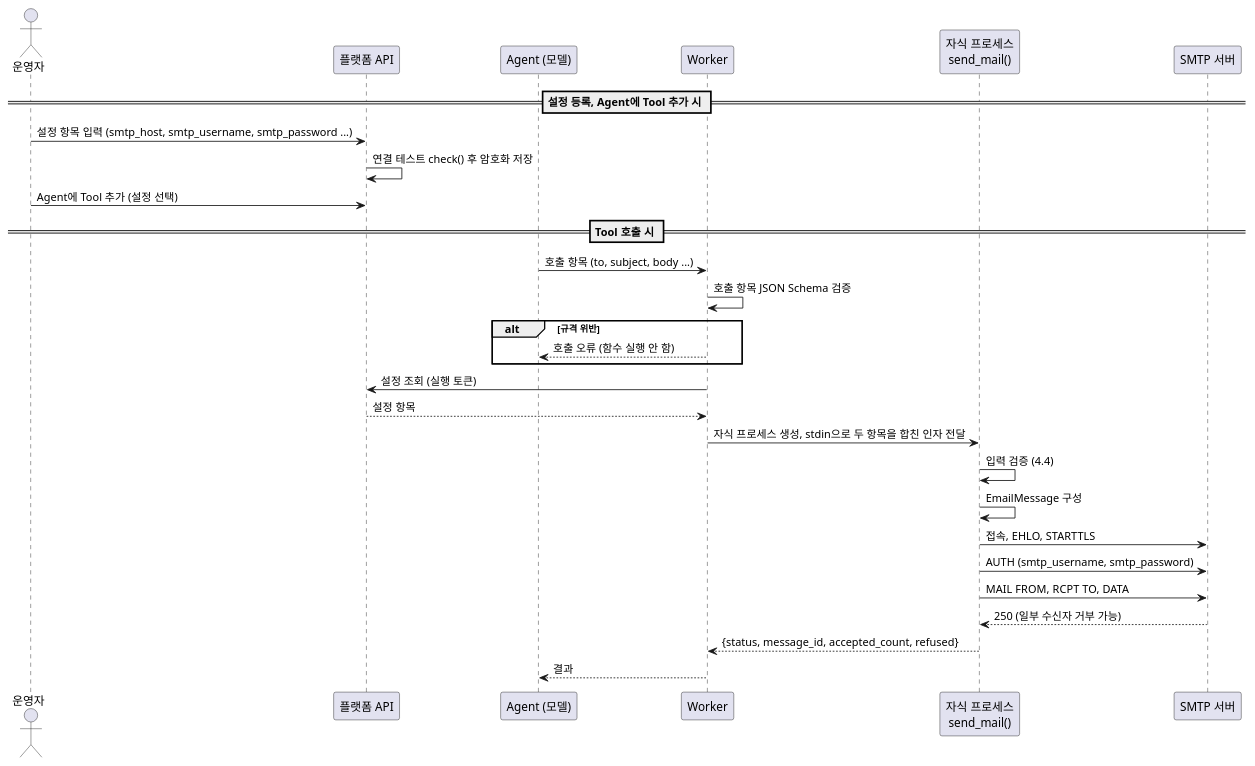
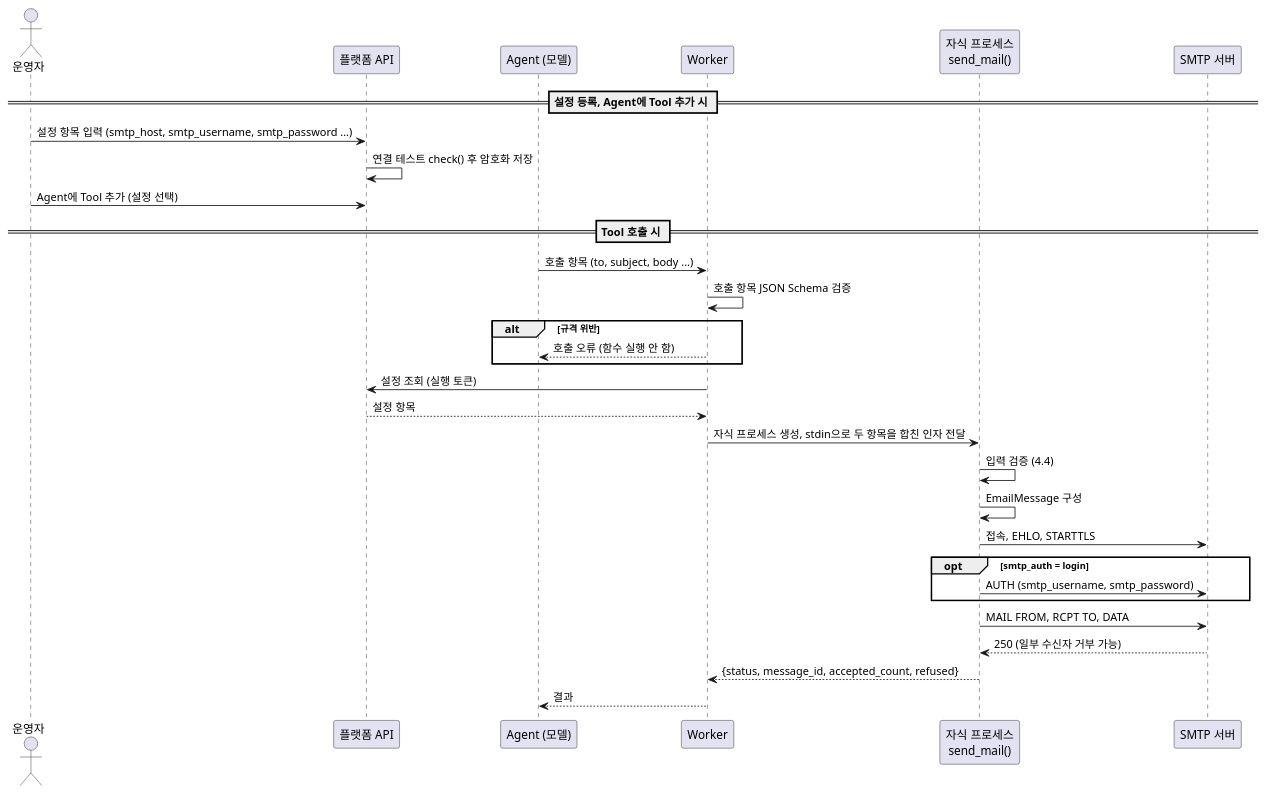
The diagram in docs/design.md (jblim0125/send-mail), drawn with PlantUML before and after one commit. The commit also changed other lines of this file and 6 other files, not shown here.

First line of the commit message:
사내 무인증 릴레이 발송 지원(smtp_auth) 추가

````diff
--- a/docs/design.md
+++ b/docs/design.md
@@ -353,32 +387,34 @@
 ```plantuml
 @startuml
 actor "운영자" as Op
 participant "플랫폼 API" as API
 participant "Agent (모델)" as Agent
 participant "Worker" as Worker
 participant "자식 프로세스\nsend_mail()" as Tool
 participant "SMTP 서버" as Server
 
 == 설정 등록, Agent에 Tool 추가 시 ==
 Op -> API : 설정 항목 입력 (smtp_host, smtp_username, smtp_password ...)
 API -> API : 연결 테스트 check() 후 암호화 저장
 Op -> API : Agent에 Tool 추가 (설정 선택)
 == Tool 호출 시 ==
 Agent -> Worker : 호출 항목 (to, subject, body ...)
 Worker -> Worker : 호출 항목 JSON Schema 검증
 alt 규격 위반
   Worker --> Agent : 호출 오류 (함수 실행 안 함)
 end
 Worker -> API : 설정 조회 (실행 토큰)
 API --> Worker : 설정 항목
 Worker -> Tool : 자식 프로세스 생성, stdin으로 두 항목을 합친 인자 전달
 Tool -> Tool : 입력 검증 (4.4)
 Tool -> Tool : EmailMessage 구성
 Tool -> Server : 접속, EHLO, STARTTLS
-Tool -> Server : AUTH (smtp_username, smtp_password)
+opt smtp_auth = login
+  Tool -> Server : AUTH (smtp_username, smtp_password)
+end
 Tool -> Server : MAIL FROM, RCPT TO, DATA
 Server --> Tool : 250 (일부 수신자 거부 가능)
 Tool --> Worker : {status, message_id, accepted_count, refused}
 Worker --> Agent : 결과
 @enduml
 ```
````
